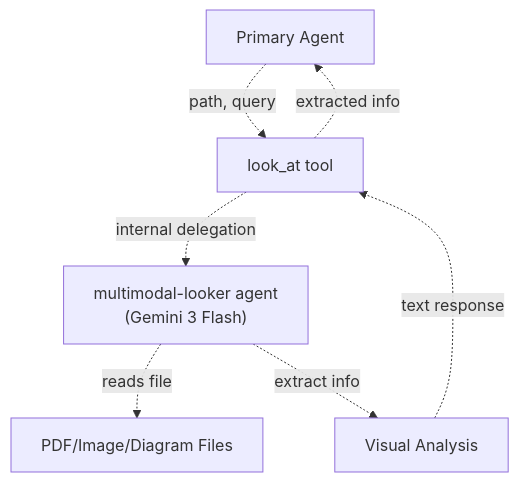
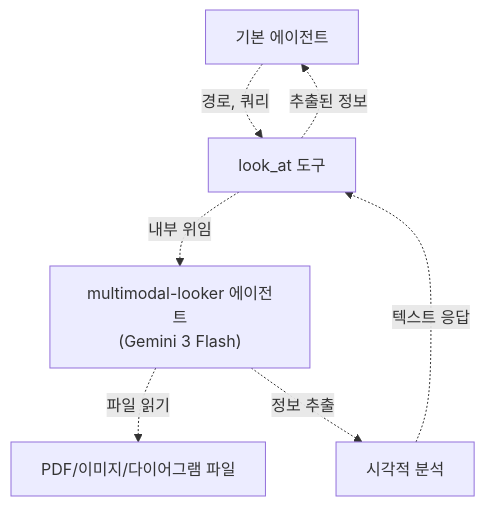
The sixth of 7 diagrams in docs/tools/specialized-tools.md (felipetruman/oh-my-opencode-docs), drawn with Mermaid before and after one commit. The commit also changed other lines of this file and 76 other files, not shown here.

````diff
--- a/docs/tools/specialized-tools.md
+++ b/docs/tools/specialized-tools.md
@@ -389,16 +344,16 @@
 ```mermaid
 flowchart TD
 
-Agent["Primary Agent"]
-LookAtTool["look_at tool"]
-MultimodalAgent["multimodal-looker agent<br>(Gemini 3 Flash)"]
-Content["PDF/Image/Diagram Files"]
-Analysis["Visual Analysis"]
+Agent["기본 에이전트"]
+LookAtTool["look_at 도구"]
+MultimodalAgent["multimodal-looker 에이전트<br>(Gemini 3 Flash)"]
+Content["PDF/이미지/다이어그램 파일"]
+Analysis["시각적 분석"]
 
-Agent -.->|"path, query"| LookAtTool
-LookAtTool -.->|"internal delegation"| MultimodalAgent
-MultimodalAgent -.->|"reads file"| Content
-MultimodalAgent -.->|"extract info"| Analysis
-Analysis -.->|"text response"| LookAtTool
-LookAtTool -.->|"extracted info"| Agent
+Agent -.->|"경로, 쿼리"| LookAtTool
+LookAtTool -.->|"내부 위임"| MultimodalAgent
+MultimodalAgent -.->|"파일 읽기"| Content
+MultimodalAgent -.->|"정보 추출"| Analysis
+Analysis -.->|"텍스트 응답"| LookAtTool
+LookAtTool -.->|"추출된 정보"| Agent
 ```
````
